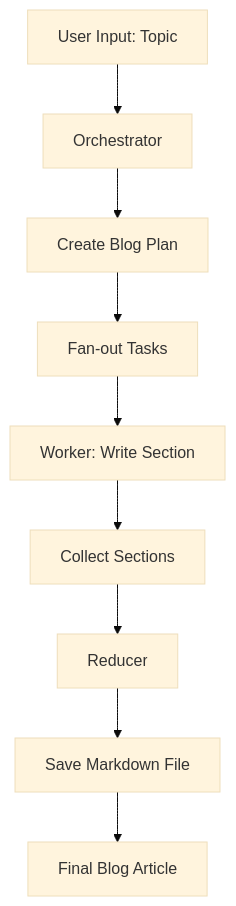
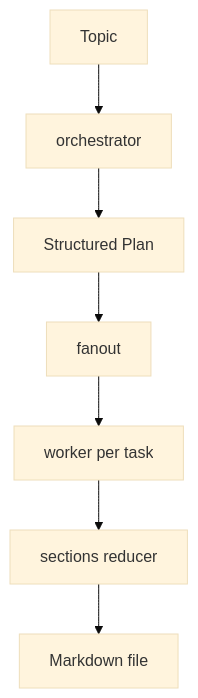
Before and after one commit to vijayypandit/Blog-writing-Ai-Agent: the first of 4 diagrams in README.md, drawn with Mermaid (base theme). The commit also changed other lines of this file and 7 other files, not shown here.

````diff
--- a/README.md
+++ b/README.md
@@ -86,11 +48,9 @@
 ```mermaid
 flowchart TD
-    A[User Input: Topic] --> B[Orchestrator]
-    B --> C[Create Blog Plan]
-    C --> D[Fan-out Tasks]
-    D --> E[Worker: Write Section]
-    E --> F[Collect Sections]
-    F --> G[Reducer]
-    G --> H[Save Markdown File]
-    H --> I[Final Blog Article]
+    A[Topic] --> B[orchestrator]
+    B --> C[Structured Plan]
+    C --> D[fanout]
+    D --> E[worker per task]
+    E --> F[sections reducer]
+    F --> G[Markdown file]
 ```
````
